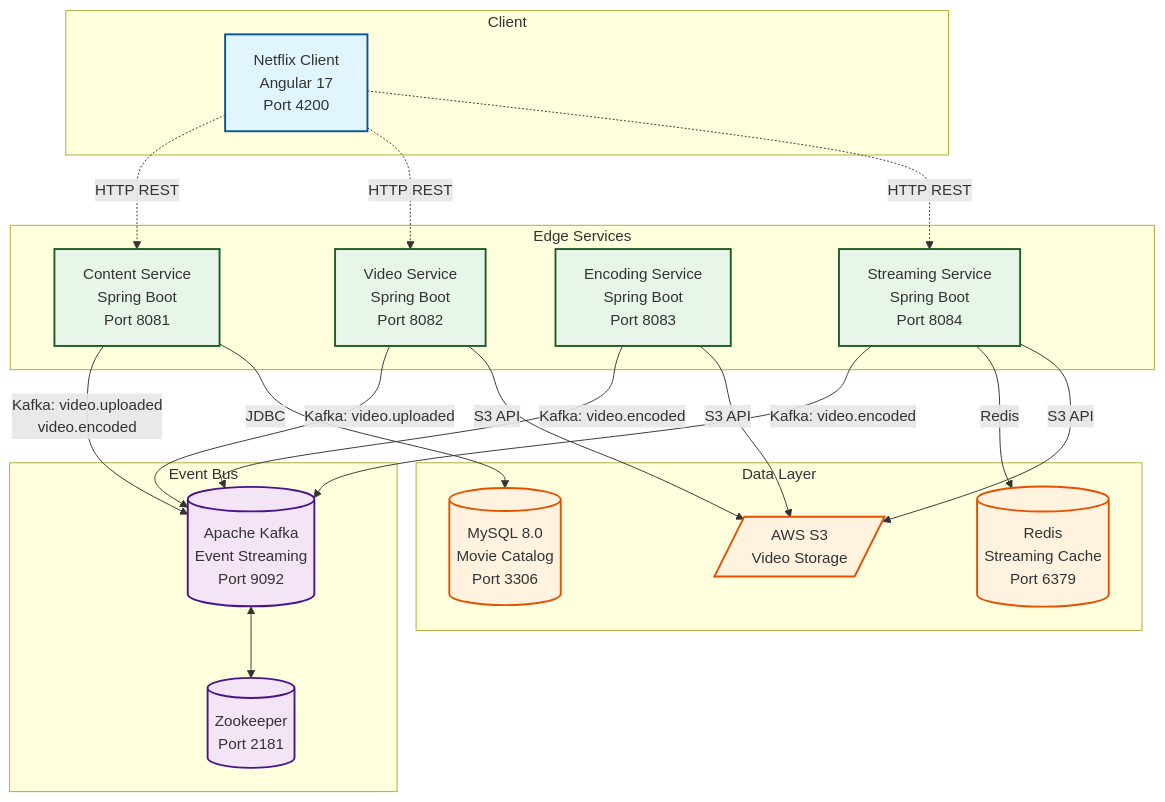
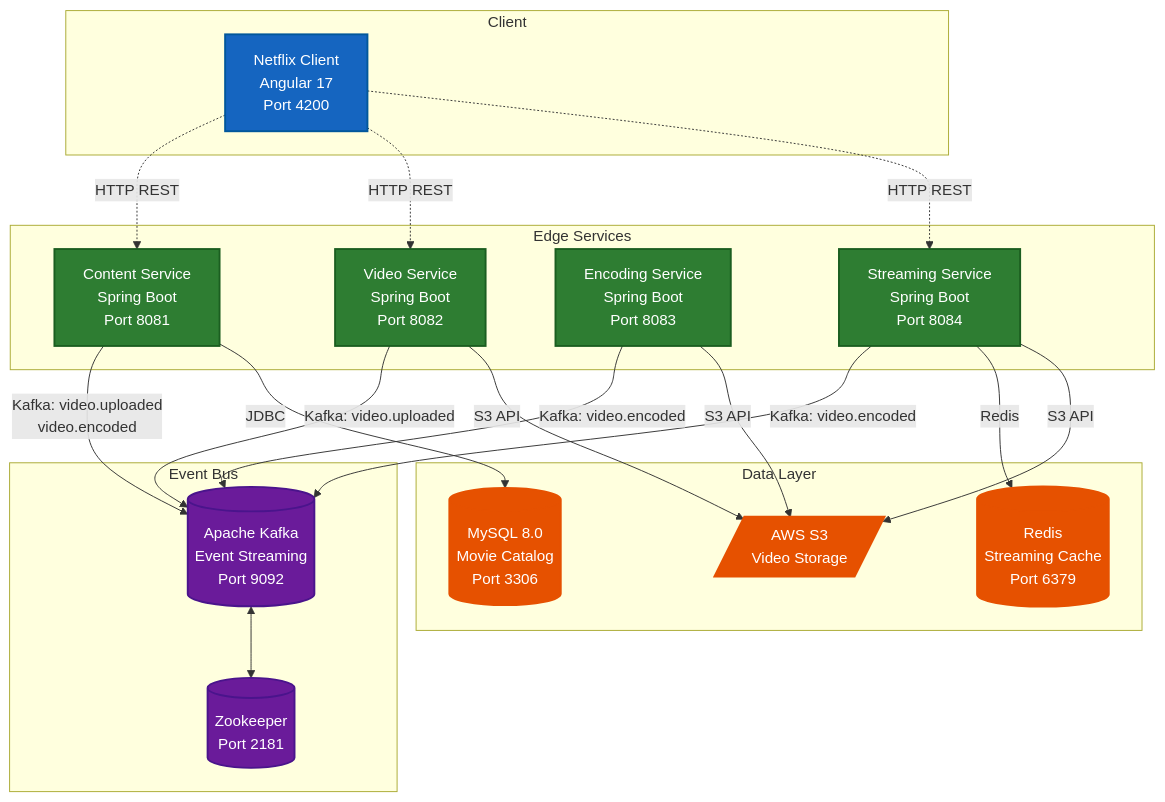
Before and after one commit to PagarciaSima/Netflix-Streaming-Spring-Boot-Micro-services: the first of 2 diagrams in README.md, drawn with Mermaid. The commit also changed 5 other files, not shown here.

Commit message:
readme, adjusting mermaid contrast

````diff
--- a/README.md
+++ b/README.md
@@ -46,51 +46,51 @@
 ```mermaid
 graph TB
     subgraph Client
         NG[Netflix Client<br/>Angular 17<br/>Port 4200]
     end
 
     subgraph API_Gateway[Edge Services]
         CS[Content Service<br/>Spring Boot<br/>Port 8081]
         VS[Video Service<br/>Spring Boot<br/>Port 8082]
         ES[Encoding Service<br/>Spring Boot<br/>Port 8083]
         SS[Streaming Service<br/>Spring Boot<br/>Port 8084]
     end
 
     subgraph Data_Storage[Data Layer]
         MYSQL[(MySQL 8.0<br/>Movie Catalog<br/>Port 3306)]
         REDIS[(Redis<br/>Streaming Cache<br/>Port 6379)]
         S3[/AWS S3<br/>Video Storage/]
     end
 
     subgraph Messaging[Event Bus]
         KAFKA[(Apache Kafka<br/>Event Streaming<br/>Port 9092)]
         ZK[(Zookeeper<br/>Port 2181)]
     end
 
     NG -.->|HTTP REST| CS
     NG -.->|HTTP REST| VS
     NG -.->|HTTP REST| SS
 
     CS -->|Kafka: video.uploaded<br/>video.encoded| KAFKA
     VS -->|Kafka: video.uploaded| KAFKA
     ES -->|Kafka: video.encoded| KAFKA
     SS -->|Kafka: video.encoded| KAFKA
 
     CS -->|JDBC| MYSQL
     SS -->|Redis| REDIS
     VS -->|S3 API| S3
     ES -->|S3 API| S3
     SS -->|S3 API| S3
 
     KAFKA <--> ZK
 
-    classDef client fill:#e1f5fe,stroke:#01579b,stroke-width:2px
-    classDef service fill:#e8f5e9,stroke:#1b5e20,stroke-width:2px
-    classDef data fill:#fff3e0,stroke:#e65100,stroke-width:2px
-    classDef messaging fill:#f3e5f5,stroke:#4a148c,stroke-width:2px
+    classDef client fill:#1565c0,color:#ffffff,stroke:#01579b,stroke-width:2px
+    classDef service fill:#2e7d32,color:#ffffff,stroke:#1b5e20,stroke-width:2px
+    classDef data fill:#e65100,color:#ffffff,stroke:#e65100,stroke-width:2px
+    classDef messaging fill:#6a1b9a,color:#ffffff,stroke:#4a148c,stroke-width:2px
 
     class NG client
     class CS,VS,ES,SS service
     class MYSQL,REDIS,S3 data
     class KAFKA,ZK messaging
 ```
````
